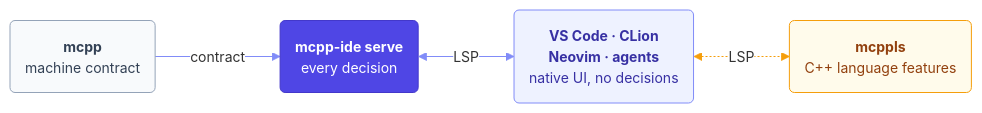
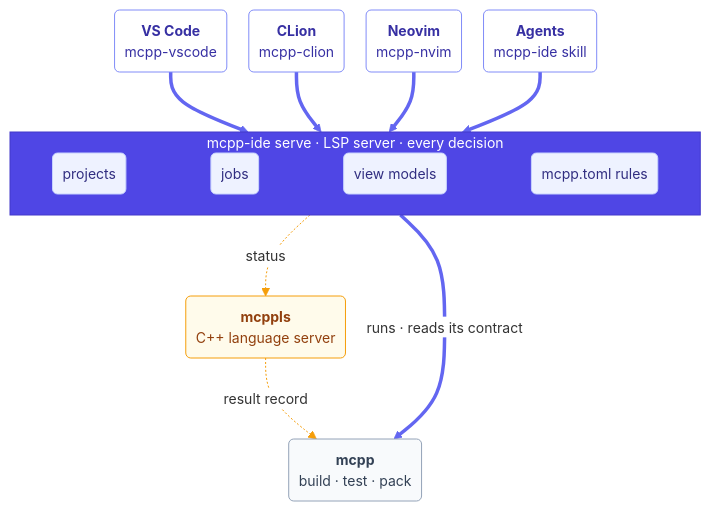
One commit to mcpp-community/mcpp-ide changed the diagram in README.md. Above: the diagram before and after it, drawn with Mermaid. The commit also changed 2 other files, not shown here.

Commit message:
docs: the architecture as layers, each editor its own client
- The README's diagram is layered: the clients on top, each editor (VS Code, CLion, Neovim) and
  agents a node of its own with its own connection; the backend, mcpp-ide serve, as the layer every
  decision lives in, with its parts (projects, jobs, view models, the rules of mcpp.toml); mcpp at
  the bottom, which the backend runs and whose contract it reads; mcppls beside it, whose status the
  backend asks and which reads mcpp's result record.
- Colour carries ownership: indigo for mcpp-ide, amber for mcppls, slate for mcpp. Flowcharts draw
  curves again.

````diff
--- a/README.md
+++ b/README.md
@@ -29,14 +29,24 @@
 ```mermaid
-%%{init: {"theme": "base", "flowchart": {"curve": "linear", "rankSpacing": 70}, "themeVariables": {"fontFamily": "ui-sans-serif, system-ui, -apple-system, Segoe UI, sans-serif", "fontSize": "14px", "lineColor": "#818cf8", "edgeLabelBackground": "#ffffff"}}}%%
-flowchart LR
-    mcpp("<b>mcpp</b><br/>machine contract"):::ext
-    serve("<b>mcpp-ide serve</b><br/>every decision"):::core
-    clients("<b>VS Code · CLion<br/>Neovim · agents</b><br/>native UI, no decisions"):::ide
-    mcppls("<b>mcppls</b><br/>C++ language features"):::ls
-    mcpp -- contract --> serve <-- LSP --> clients <-. LSP .-> mcppls
+%%{init: {"theme": "base", "flowchart": {"curve": "basis", "nodeSpacing": 22, "rankSpacing": 60, "padding": 10}, "themeVariables": {"fontFamily": "ui-sans-serif, system-ui, -apple-system, Segoe UI, sans-serif", "fontSize": "14px", "lineColor": "#6366f1", "edgeLabelBackground": "#ffffff"}}}%%
+flowchart TB
+    vscode("<b>VS Code</b><br/>mcpp-vscode"):::ide
+    clion("<b>CLion</b><br/>mcpp-clion"):::ide
+    nvim("<b>Neovim</b><br/>mcpp-nvim"):::ide
+    agent("<b>Agents</b><br/>mcpp-ide skill"):::ide
+    subgraph backend ["mcpp-ide serve · LSP server · every decision"]
+        direction LR
+        projects("projects"):::part ~~~ jobs("jobs"):::part ~~~ views("view models"):::part ~~~ rules("mcpp.toml rules"):::part
+    end
+    mcppls("<b>mcppls</b><br/>C++ language server"):::ls
+    mcpp("<b>mcpp</b><br/>build · test · pack"):::ext
+    vscode & clion & nvim & agent ==> backend
+    backend -. "status" .-> mcppls
+    backend == "runs · reads its contract" ==> mcpp
+    mcppls -. "result record" .-> mcpp
+    classDef ide fill:#ffffff,stroke:#818cf8,color:#3730a3
+    classDef part fill:#eef2ff,stroke:#c7d2fe,color:#312e81
     classDef ext fill:#f8fafc,stroke:#94a3b8,color:#334155
-    classDef core fill:#4f46e5,stroke:#4338ca,color:#ffffff
-    classDef ide fill:#eef2ff,stroke:#818cf8,color:#3730a3
     classDef ls fill:#fffbeb,stroke:#f59e0b,color:#92400e
-    linkStyle 2 stroke:#f59e0b
+    style backend fill:#4f46e5,stroke:#4338ca,color:#ffffff
+    linkStyle 7,9 stroke:#f59e0b
 ```
````
